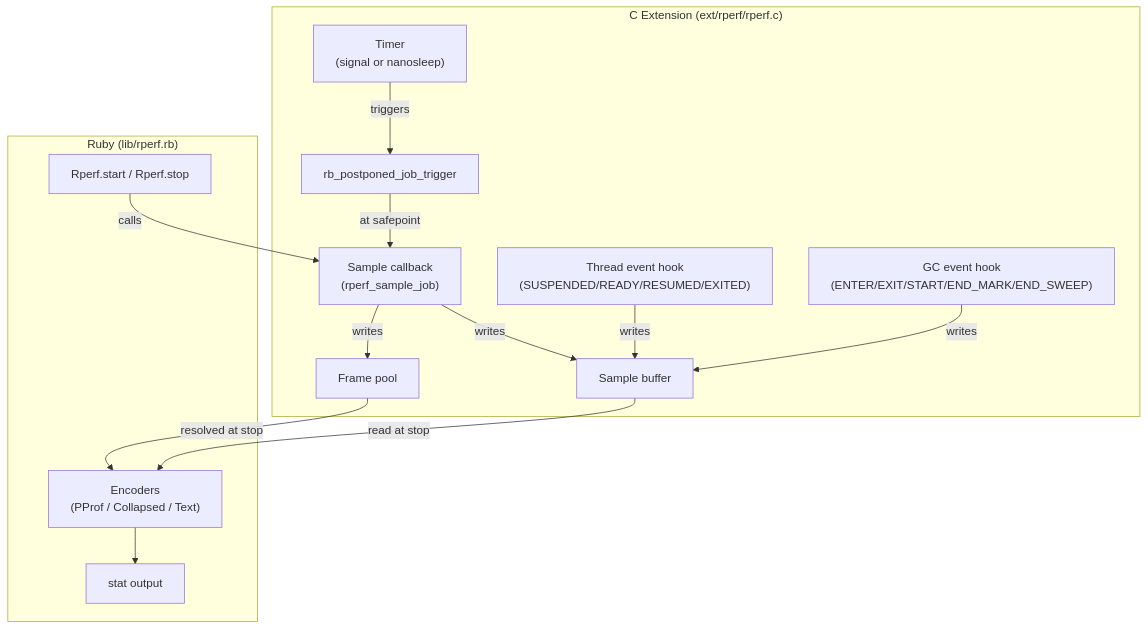
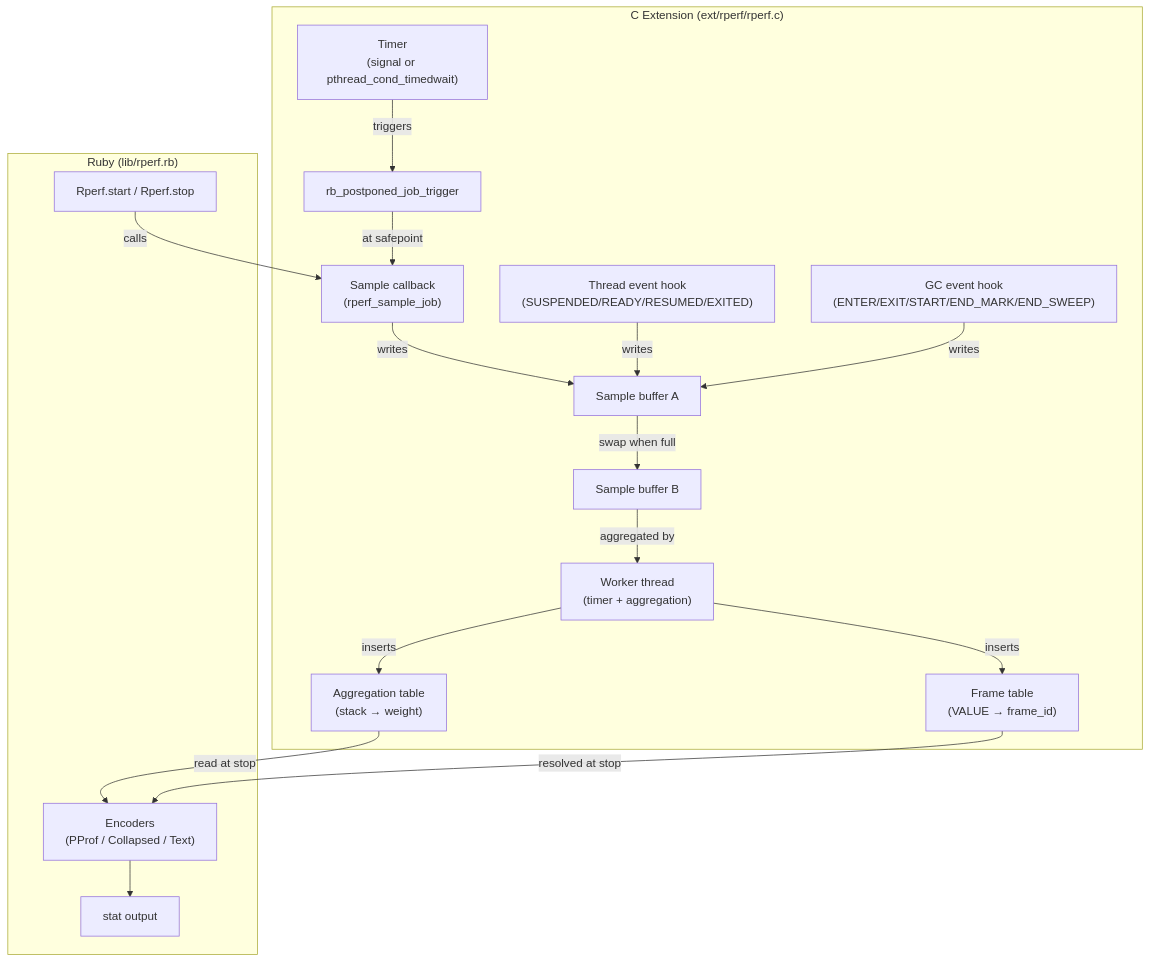
One commit to ko1/rperf changed the first of 3 diagrams in docs/manual_src/07-internals.md. Above: the diagram before and after it, drawn with Mermaid. The commit also changed other lines of this file and 2 other files, not shown here.

First line of the commit message:
Update manual for aggregation, worker thread, and SIGEV_THREAD_ID

````diff
--- a/docs/manual_src/07-internals.md
+++ b/docs/manual_src/07-internals.md
@@ -9,29 +9,35 @@
 ```mermaid
 graph TD
     subgraph "C Extension (ext/rperf/rperf.c)"
-        Timer["Timer<br/>(signal or nanosleep)"]
+        Timer["Timer<br/>(signal or pthread_cond_timedwait)"]
         PJ["rb_postponed_job_trigger"]
         Sample["Sample callback<br/>(rperf_sample_job)"]
         ThreadHook["Thread event hook<br/>(SUSPENDED/READY/RESUMED/EXITED)"]
         GCHook["GC event hook<br/>(ENTER/EXIT/START/END_MARK/END_SWEEP)"]
-        SampleBuf["Sample buffer"]
-        FramePool["Frame pool"]
+        BufA["Sample buffer A"]
+        BufB["Sample buffer B"]
+        Worker["Worker thread<br/>(timer + aggregation)"]
+        FrameTable["Frame table<br/>(VALUE → frame_id)"]
+        AggTable["Aggregation table<br/>(stack → weight)"]
     end
 
     subgraph "Ruby (lib/rperf.rb)"
         API["Rperf.start / Rperf.stop"]
         Encoders["Encoders<br/>(PProf / Collapsed / Text)"]
         StatOut["stat output"]
     end
 
     Timer -->|triggers| PJ
     PJ -->|at safepoint| Sample
-    Sample -->|writes| SampleBuf
-    Sample -->|writes| FramePool
-    ThreadHook -->|writes| SampleBuf
-    GCHook -->|writes| SampleBuf
+    Sample -->|writes| BufA
+    ThreadHook -->|writes| BufA
+    GCHook -->|writes| BufA
+    BufA -->|swap when full| BufB
+    BufB -->|aggregated by| Worker
+    Worker -->|inserts| FrameTable
+    Worker -->|inserts| AggTable
     API -->|calls| Sample
-    SampleBuf -->|read at stop| Encoders
-    FramePool -->|resolved at stop| Encoders
+    AggTable -->|read at stop| Encoders
+    FrameTable -->|resolved at stop| Encoders
     Encoders --> StatOut
 ```
````
